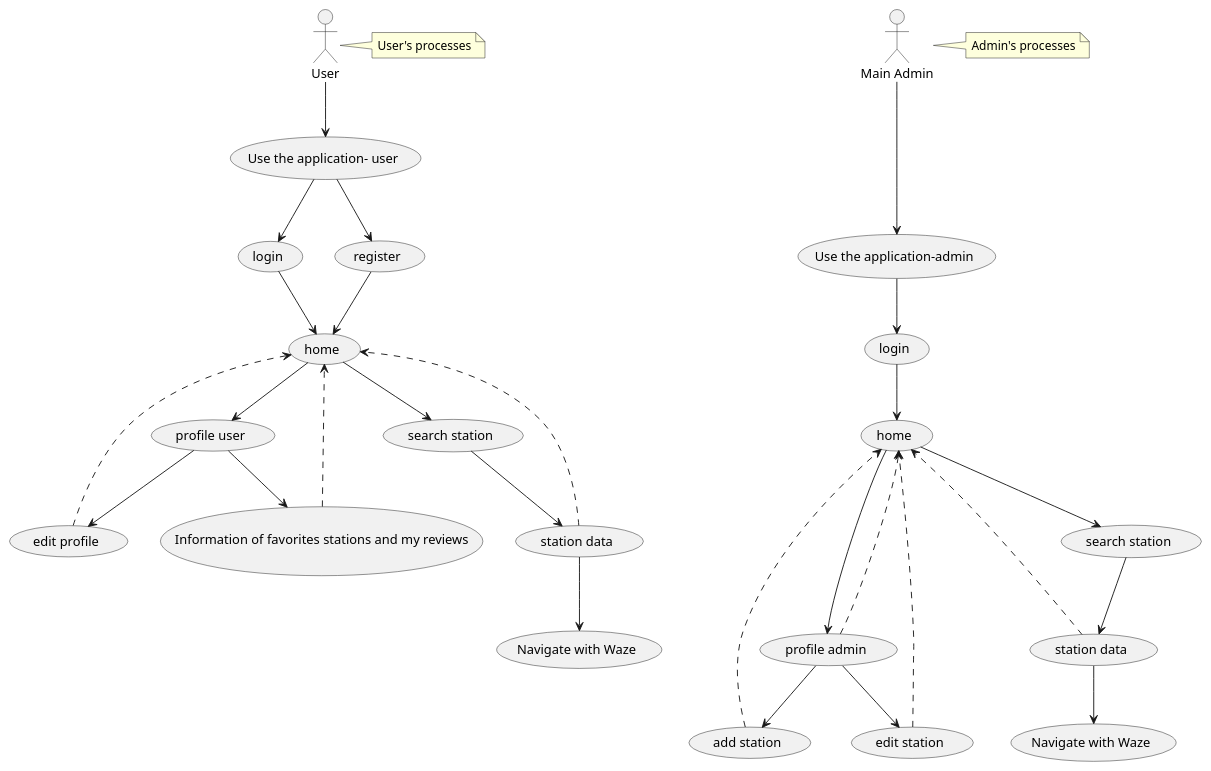
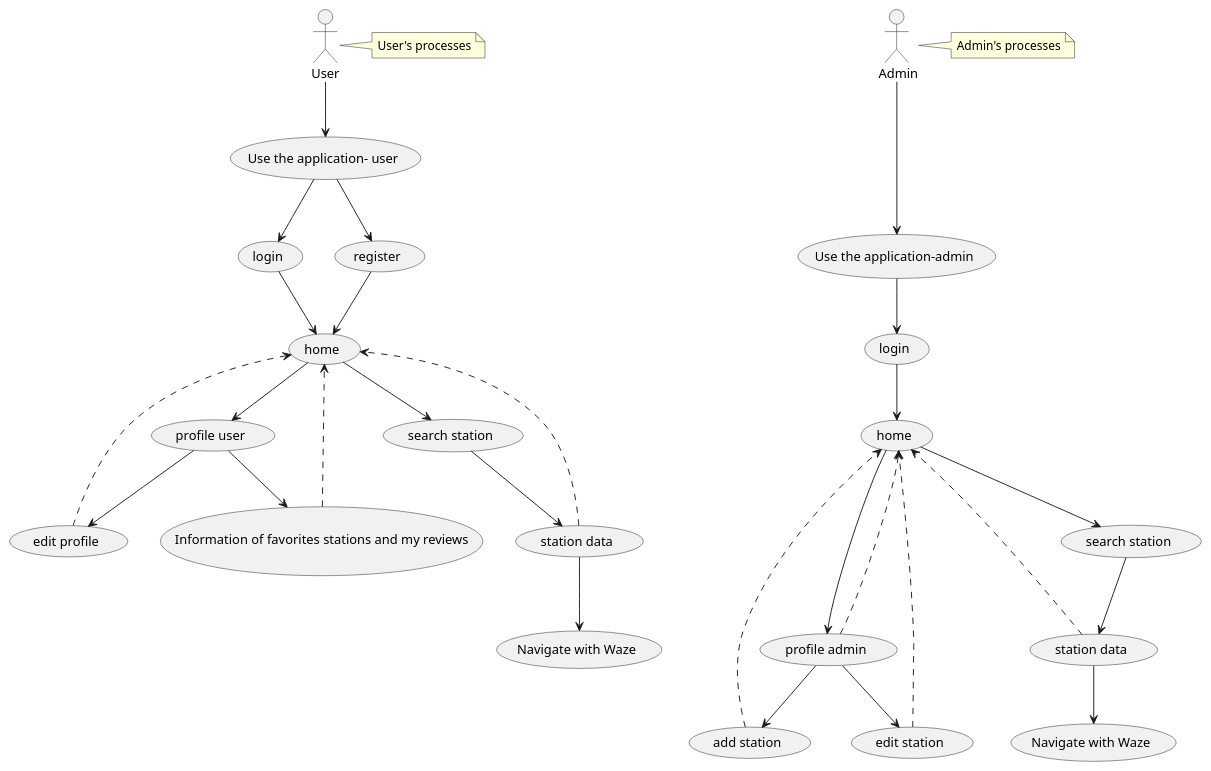
The diagram in app/src/androidTest/java/good_uml/useCase_diagram.puml (20shaked20/EV-SC), drawn with PlantUML before and after one commit. The commit also changed 8 other files, not shown here.

```diff
--- a/app/src/androidTest/java/good_uml/useCase_diagram.puml
+++ b/app/src/androidTest/java/good_uml/useCase_diagram.puml
@@ -1,61 +1,61 @@
 @startuml
 'https://plantuml.com/use-case-diagram
 
-:Main Admin: as Admin
+: Admin: as Admin
 (Use the application- user) as (Use1)
 (Use the application-admin) as (Use2)
 (login)as (login1)
 (login)as (login2)
 (home) as (home1)
 (home) as (home2)
 (register) as (register)
 (profile user) as (profile1)
 (edit profile) as (edit profile)
 (profile admin) as (profile2)
 (search station) as (search station)
 (station data) as (station)
 (search station) as (search station2)
 (station data) as (station2)
 (add station) as (add station)
 (edit station) as (edit station)
 (Information of favorites stations and my reviews) as (favorites)
 (Navigate with Waze) as (Navigate with Waze)
 (Navigate with Waze) as (Navigate with Waze2)
 
 
 User --> (Use1)
 (Use1) --> (register)
 (Use1) --> (login1)
 (register) --> (home1)
 (login1) --> (home1)
 (home1)-->(profile1)
 (profile1)-->(edit profile)
 (profile1)-->(favorites)
 (home1)-->(search station)
 (search station)--> (station)
 (station)--> (Navigate with Waze)
 (station)..->(home1)
 (favorites)..->(home1)
 (edit profile)..->(home1)
 note right of User : User's processes
 
 ''''''''''''''''''''''''''''
 Admin ---> (Use2)
 (Use2) --> (login2)
 (login2) --> (home2)
 (home2)-->(profile2)
 (home2)-->(search station2)
 (search station2)-->(station2)
 (station2)-->(Navigate with Waze2)
 (profile2)..->(home2)
 (add station)..->(home2)
 (edit station)..->(home2)
 (profile2) --> (add station)
 (profile2) --> (edit station)
 (station2)..> (home2)
 note right of Admin : Admin's processes
 
 
 
 
 @enduml
```
